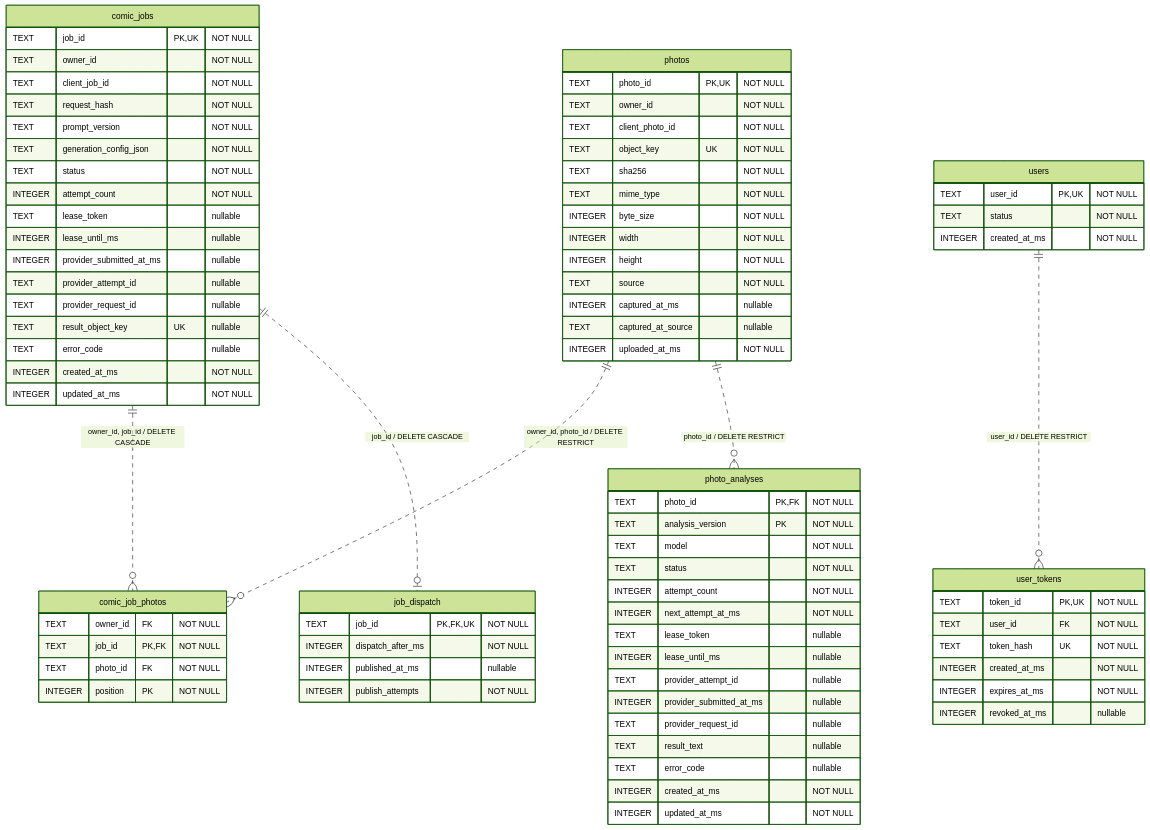
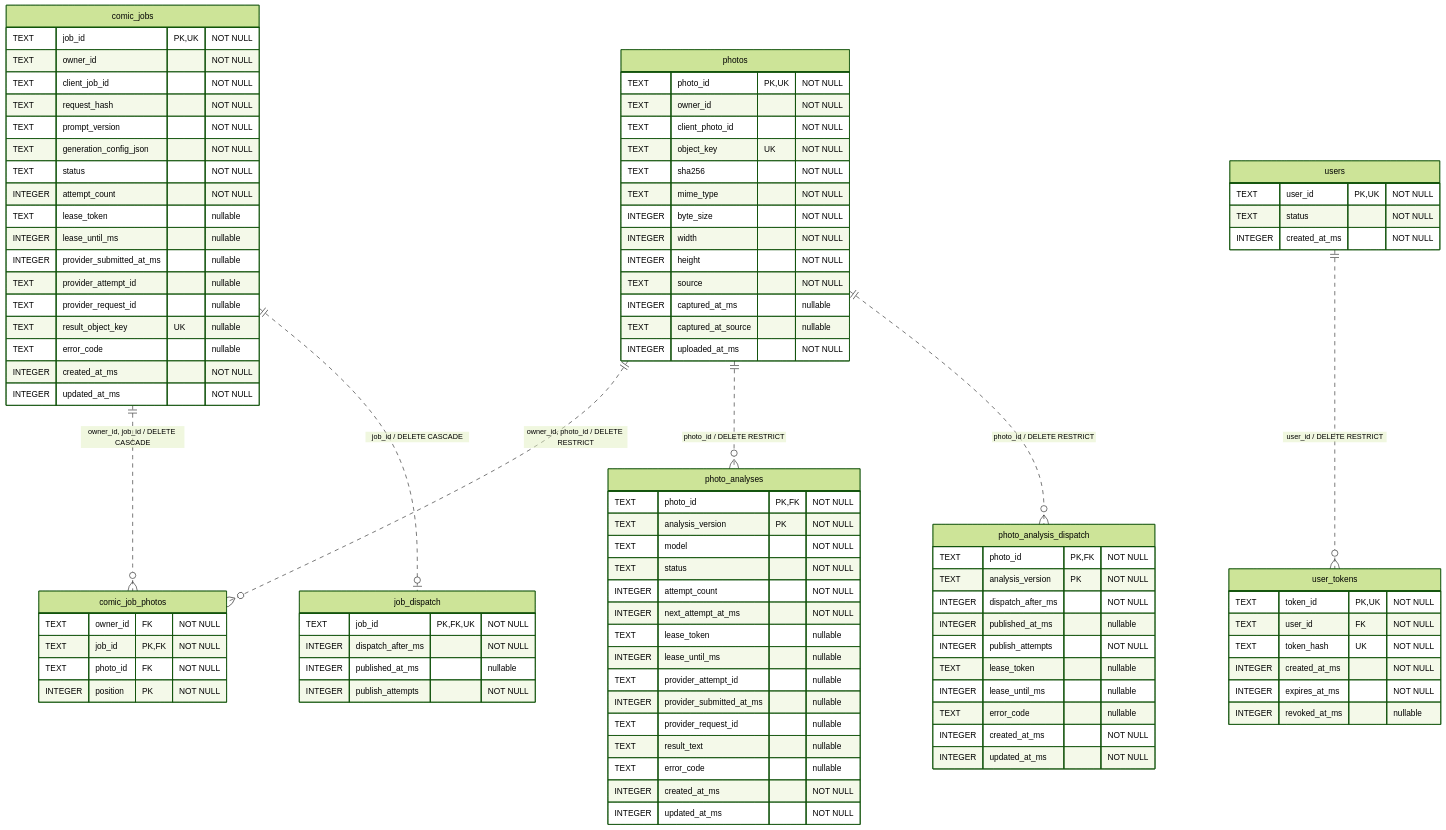
Before and after one commit to HaomingJu/LookMe-Worker: the diagram in skills/deploy_cloudflare/references/schema.mmd, drawn with Mermaid (forest theme). The commit also changed 25 other files, not shown here.

First line of the commit message:
feat: 接入上传事务 Outbox 与版本化图片分析管道

```diff
--- a/skills/deploy_cloudflare/references/schema.mmd
+++ b/skills/deploy_cloudflare/references/schema.mmd
@@ -1,82 +1,95 @@
 erDiagram
     comic_job_photos {
         TEXT owner_id FK "NOT NULL"
         TEXT job_id PK,FK "NOT NULL"
         TEXT photo_id FK "NOT NULL"
         INTEGER position PK "NOT NULL"
     }
     comic_jobs {
         TEXT job_id PK,UK "NOT NULL"
         TEXT owner_id "NOT NULL"
         TEXT client_job_id "NOT NULL"
         TEXT request_hash "NOT NULL"
         TEXT prompt_version "NOT NULL"
         TEXT generation_config_json "NOT NULL"
         TEXT status "NOT NULL"
         INTEGER attempt_count "NOT NULL"
         TEXT lease_token "nullable"
         INTEGER lease_until_ms "nullable"
         INTEGER provider_submitted_at_ms "nullable"
         TEXT provider_attempt_id "nullable"
         TEXT provider_request_id "nullable"
         TEXT result_object_key UK "nullable"
         TEXT error_code "nullable"
         INTEGER created_at_ms "NOT NULL"
         INTEGER updated_at_ms "NOT NULL"
     }
     job_dispatch {
         TEXT job_id PK,FK,UK "NOT NULL"
         INTEGER dispatch_after_ms "NOT NULL"
         INTEGER published_at_ms "nullable"
         INTEGER publish_attempts "NOT NULL"
     }
     photo_analyses {
         TEXT photo_id PK,FK "NOT NULL"
         TEXT analysis_version PK "NOT NULL"
         TEXT model "NOT NULL"
         TEXT status "NOT NULL"
         INTEGER attempt_count "NOT NULL"
         INTEGER next_attempt_at_ms "NOT NULL"
         TEXT lease_token "nullable"
         INTEGER lease_until_ms "nullable"
         TEXT provider_attempt_id "nullable"
         INTEGER provider_submitted_at_ms "nullable"
         TEXT provider_request_id "nullable"
         TEXT result_text "nullable"
         TEXT error_code "nullable"
         INTEGER created_at_ms "NOT NULL"
         INTEGER updated_at_ms "NOT NULL"
     }
+    photo_analysis_dispatch {
+        TEXT photo_id PK,FK "NOT NULL"
+        TEXT analysis_version PK "NOT NULL"
+        INTEGER dispatch_after_ms "NOT NULL"
+        INTEGER published_at_ms "nullable"
+        INTEGER publish_attempts "NOT NULL"
+        TEXT lease_token "nullable"
+        INTEGER lease_until_ms "nullable"
+        TEXT error_code "nullable"
+        INTEGER created_at_ms "NOT NULL"
+        INTEGER updated_at_ms "NOT NULL"
+    }
     photos {
         TEXT photo_id PK,UK "NOT NULL"
         TEXT owner_id "NOT NULL"
         TEXT client_photo_id "NOT NULL"
         TEXT object_key UK "NOT NULL"
         TEXT sha256 "NOT NULL"
         TEXT mime_type "NOT NULL"
         INTEGER byte_size "NOT NULL"
         INTEGER width "NOT NULL"
         INTEGER height "NOT NULL"
         TEXT source "NOT NULL"
         INTEGER captured_at_ms "nullable"
         TEXT captured_at_source "nullable"
         INTEGER uploaded_at_ms "NOT NULL"
     }
     user_tokens {
         TEXT token_id PK,UK "NOT NULL"
         TEXT user_id FK "NOT NULL"
         TEXT token_hash UK "NOT NULL"
         INTEGER created_at_ms "NOT NULL"
         INTEGER expires_at_ms "NOT NULL"
         INTEGER revoked_at_ms "nullable"
     }
     users {
         TEXT user_id PK,UK "NOT NULL"
         TEXT status "NOT NULL"
         INTEGER created_at_ms "NOT NULL"
     }
     photos ||..o{ comic_job_photos : "owner_id, photo_id / DELETE RESTRICT"
     comic_jobs ||..o{ comic_job_photos : "owner_id, job_id / DELETE CASCADE"
     comic_jobs ||..o| job_dispatch : "job_id / DELETE CASCADE"
     photos ||..o{ photo_analyses : "photo_id / DELETE RESTRICT"
+    photos ||..o{ photo_analysis_dispatch : "photo_id / DELETE RESTRICT"
     users ||..o{ user_tokens : "user_id / DELETE RESTRICT"
```
